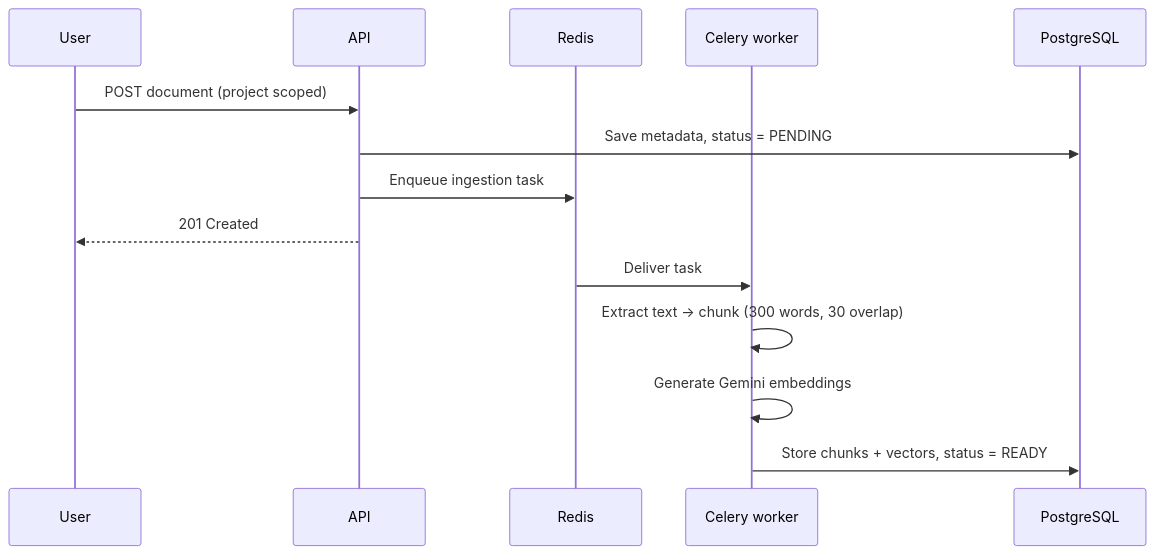
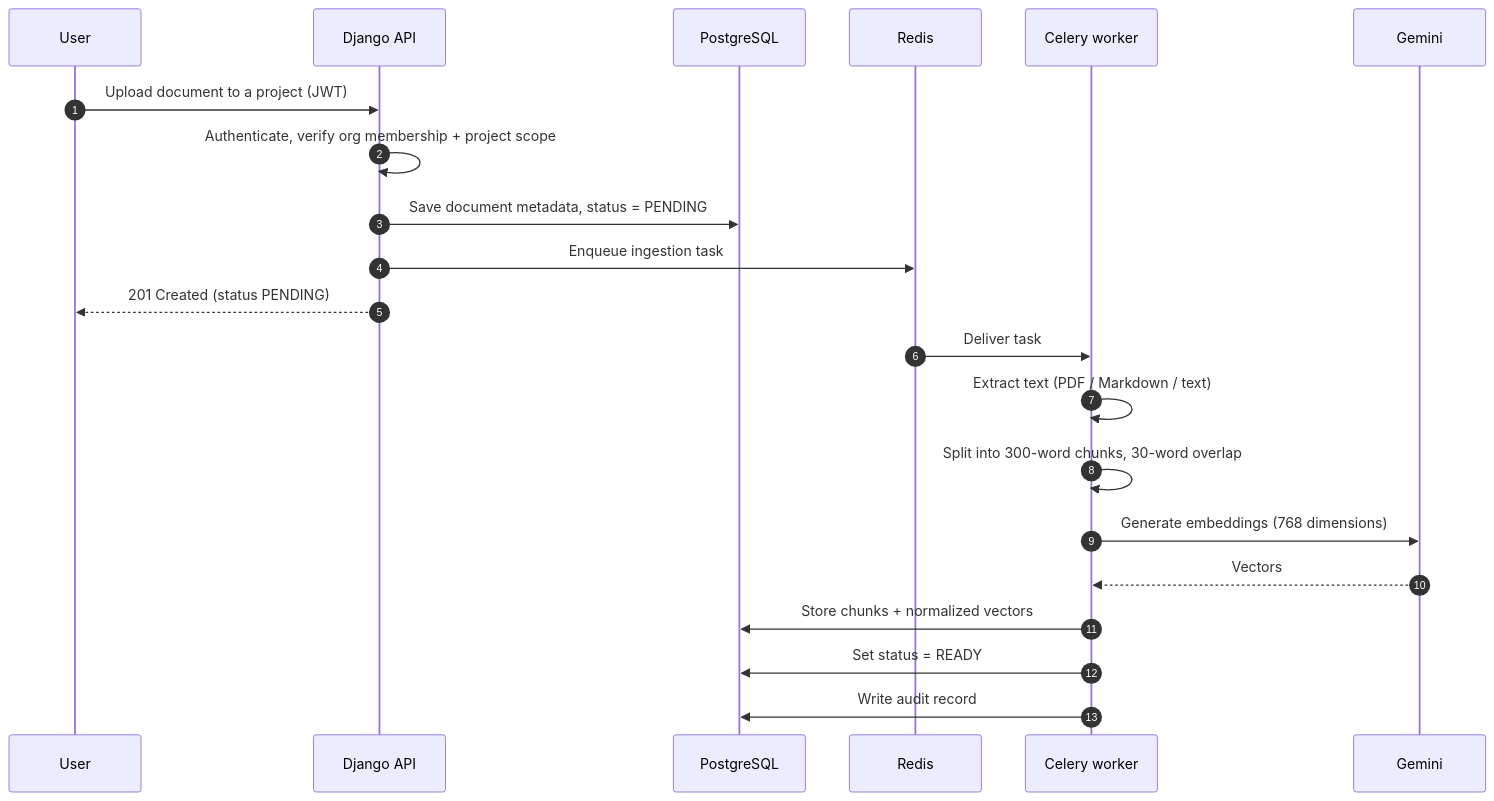
Before and after one commit to ShashankSingh2020/multi-tenant-rag-engine: the second of 5 diagrams in README.md, drawn with Mermaid. The commit also changed other lines of this file, not shown here.

````diff
--- a/README.md
+++ b/README.md
@@ -96,16 +172,24 @@
 ```mermaid
 sequenceDiagram
+    autonumber
     participant U as User
-    participant A as API
+    participant A as Django API
+    participant D as PostgreSQL
     participant R as Redis
     participant W as Celery worker
-    participant D as PostgreSQL
-    U->>A: POST document (project scoped)
-    A->>D: Save metadata, status = PENDING
+    participant G as Gemini
+
+    U->>A: Upload document to a project (JWT)
+    A->>A: Authenticate, verify org membership + project scope
+    A->>D: Save document metadata, status = PENDING
     A->>R: Enqueue ingestion task
-    A-->>U: 201 Created
+    A-->>U: 201 Created (status PENDING)
     R->>W: Deliver task
-    W->>W: Extract text → chunk (300 words, 30 overlap)
-    W->>W: Generate Gemini embeddings
-    W->>D: Store chunks + vectors, status = READY
+    W->>W: Extract text (PDF / Markdown / text)
+    W->>W: Split into 300-word chunks, 30-word overlap
+    W->>G: Generate embeddings (768 dimensions)
+    G-->>W: Vectors
+    W->>D: Store chunks + normalized vectors
+    W->>D: Set status = READY
+    W->>D: Write audit record
 ```
````
